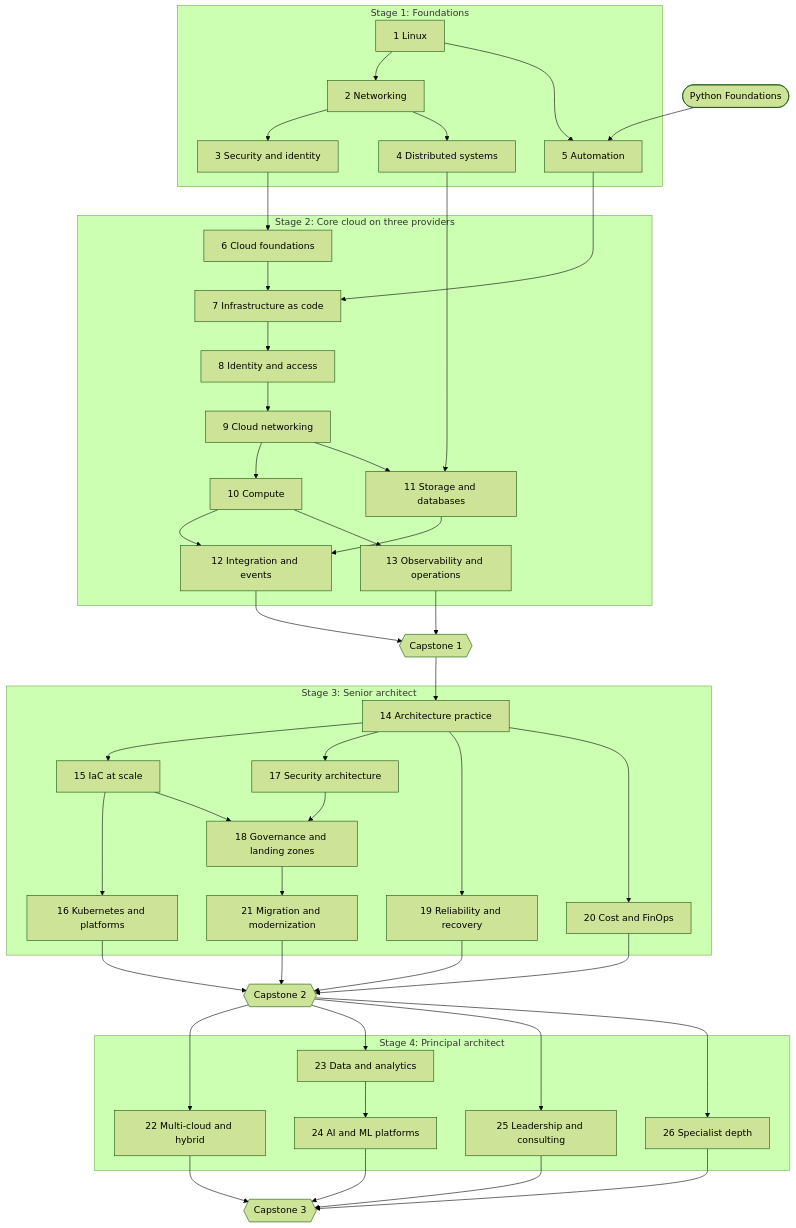
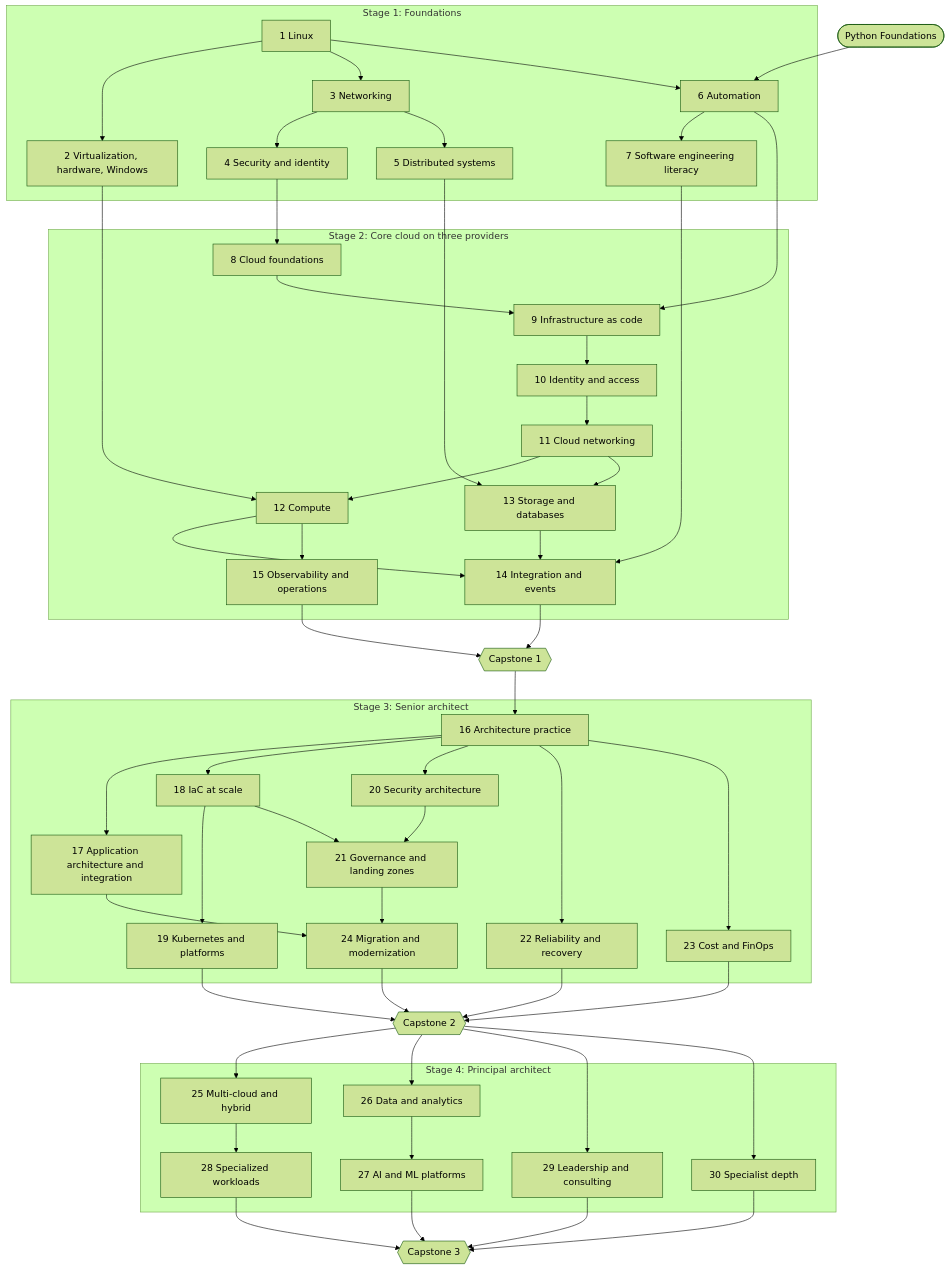
One commit to arasmussen64/education-platform changed the diagram in docs/specs/cloud-solutions-architect.md. Above: the diagram before and after it, drawn with Mermaid (forest theme). The commit also changed other lines of this file and 4 other files, not shown here.

````diff
--- a/docs/specs/cloud-solutions-architect.md
+++ b/docs/specs/cloud-solutions-architect.md
@@ -114,55 +174,63 @@
 ```mermaid
 flowchart TB
   py(["Python Foundations"])
   subgraph S1["Stage 1: Foundations"]
-    m1["1 Linux"] --> m2["2 Networking"]
-    m2 --> m3["3 Security and identity"]
-    m2 --> m4["4 Distributed systems"]
-    m1 --> m5["5 Automation"]
+    m1["1 Linux"] --> m2["2 Virtualization, hardware, Windows"]
+    m1 --> m3["3 Networking"]
+    m3 --> m4["4 Security and identity"]
+    m3 --> m5["5 Distributed systems"]
+    m1 --> m6["6 Automation"]
+    m6 --> m7["7 Software engineering literacy"]
   end
-  py --> m5
+  py --> m6
 
   subgraph S2["Stage 2: Core cloud on three providers"]
-    m6["6 Cloud foundations"] --> m7["7 Infrastructure as code"]
-    m7 --> m8["8 Identity and access"]
-    m8 --> m9["9 Cloud networking"]
-    m9 --> m10["10 Compute"]
-    m9 --> m11["11 Storage and databases"]
-    m10 --> m12["12 Integration and events"]
-    m11 --> m12
-    m10 --> m13["13 Observability and operations"]
+    m8["8 Cloud foundations"] --> m9["9 Infrastructure as code"]
+    m9 --> m10["10 Identity and access"]
+    m10 --> m11["11 Cloud networking"]
+    m11 --> m12["12 Compute"]
+    m11 --> m13["13 Storage and databases"]
+    m12 --> m14["14 Integration and events"]
+    m13 --> m14
+    m12 --> m15["15 Observability and operations"]
   end
-  m3 --> m6
-  m5 --> m7
-  m4 --> m11
-  m12 --> c1{{"Capstone 1"}}
-  m13 --> c1
+  m4 --> m8
+  m6 --> m9
+  m2 --> m12
+  m5 --> m13
+  m7 --> m14
+  m14 --> c1{{"Capstone 1"}}
+  m15 --> c1
 
   subgraph S3["Stage 3: Senior architect"]
-    m14["14 Architecture practice"]
-    m15["15 IaC at scale"]
-    m16["16 Kubernetes and platforms"]
-    m17["17 Security architecture"]
-    m18["18 Governance and landing zones"]
-    m19["19 Reliability and recovery"]
-    m20["20 Cost and FinOps"]
-    m21["21 Migration and modernization"]
-    m14 --> m15 & m17 & m19 & m20
-    m15 --> m16 & m18
-    m17 --> m18
-    m18 --> m21
+    m16["16 Architecture practice"]
+    m17["17 Application architecture and integration"]
+    m18["18 IaC at scale"]
+    m19["19 Kubernetes and platforms"]
+    m20["20 Security architecture"]
+    m21["21 Governance and landing zones"]
+    m22["22 Reliability and recovery"]
+    m23["23 Cost and FinOps"]
+    m24["24 Migration and modernization"]
+    m16 --> m17 & m18 & m20 & m22 & m23
+    m18 --> m19 & m21
+    m20 --> m21
+    m17 --> m24
+    m21 --> m24
   end
-  c1 --> m14
-  m16 & m19 & m20 & m21 --> c2{{"Capstone 2"}}
+  c1 --> m16
+  m19 & m22 & m23 & m24 --> c2{{"Capstone 2"}}
 
   subgraph S4["Stage 4: Principal architect"]
-    m22["22 Multi-cloud and hybrid"]
-    m23["23 Data and analytics"]
-    m24["24 AI and ML platforms"]
-    m25["25 Leadership and consulting"]
-    m26["26 Specialist depth"]
-    m23 --> m24
+    m25["25 Multi-cloud and hybrid"]
+    m26["26 Data and analytics"]
+    m27["27 AI and ML platforms"]
+    m28["28 Specialized workloads"]
+    m29["29 Leadership and consulting"]
+    m30["30 Specialist depth"]
+    m26 --> m27
+    m25 --> m28
   end
-  c2 --> m22 & m23 & m25 & m26
-  m22 & m24 & m25 & m26 --> c3{{"Capstone 3"}}
+  c2 --> m25 & m26 & m29 & m30
+  m27 & m28 & m29 & m30 --> c3{{"Capstone 3"}}
 ```
````
